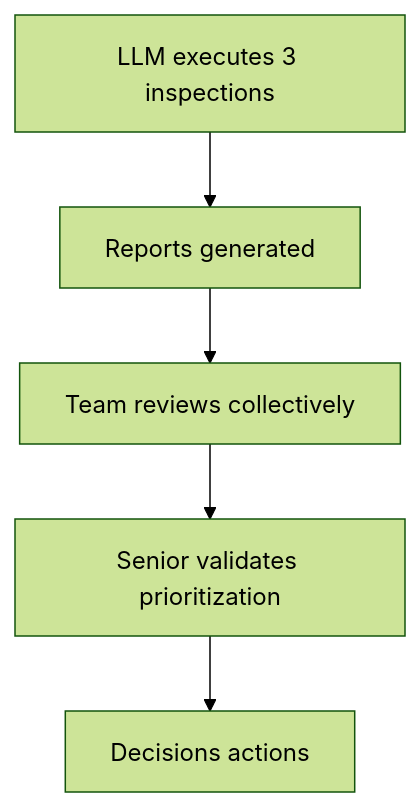
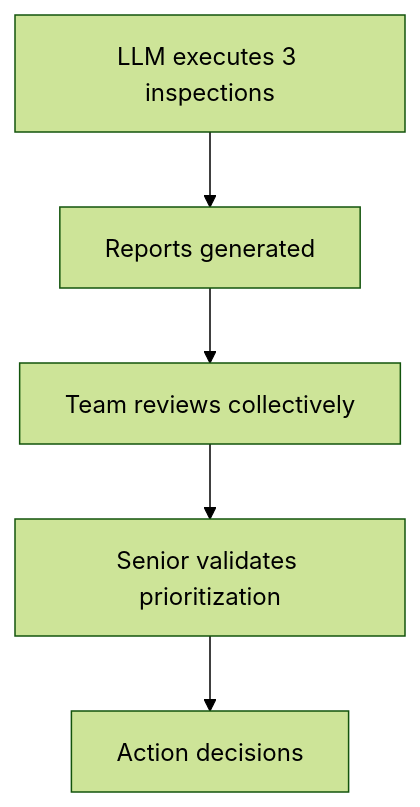
The sixth of 6 diagrams in src/content/docs/en/roles-et-responsabilites.md (dc2method/dc2-website), drawn with Mermaid (forest theme) before and after one commit. The commit also changed other lines of this file and 63 other files, not shown here.

````diff
--- a/src/content/docs/en/roles-et-responsabilites.md
+++ b/src/content/docs/en/roles-et-responsabilites.md
@@ -229,7 +227,7 @@
 ```mermaid
 graph TD
     LLM[LLM executes 3 inspections] --> R[Reports generated]
     R --> ERC[Team reviews collectively]
     ERC --> SVP[Senior validates prioritization]
-    SVP --> DA[Decisions actions]
+    SVP --> DA[Action decisions]
 ```
````
